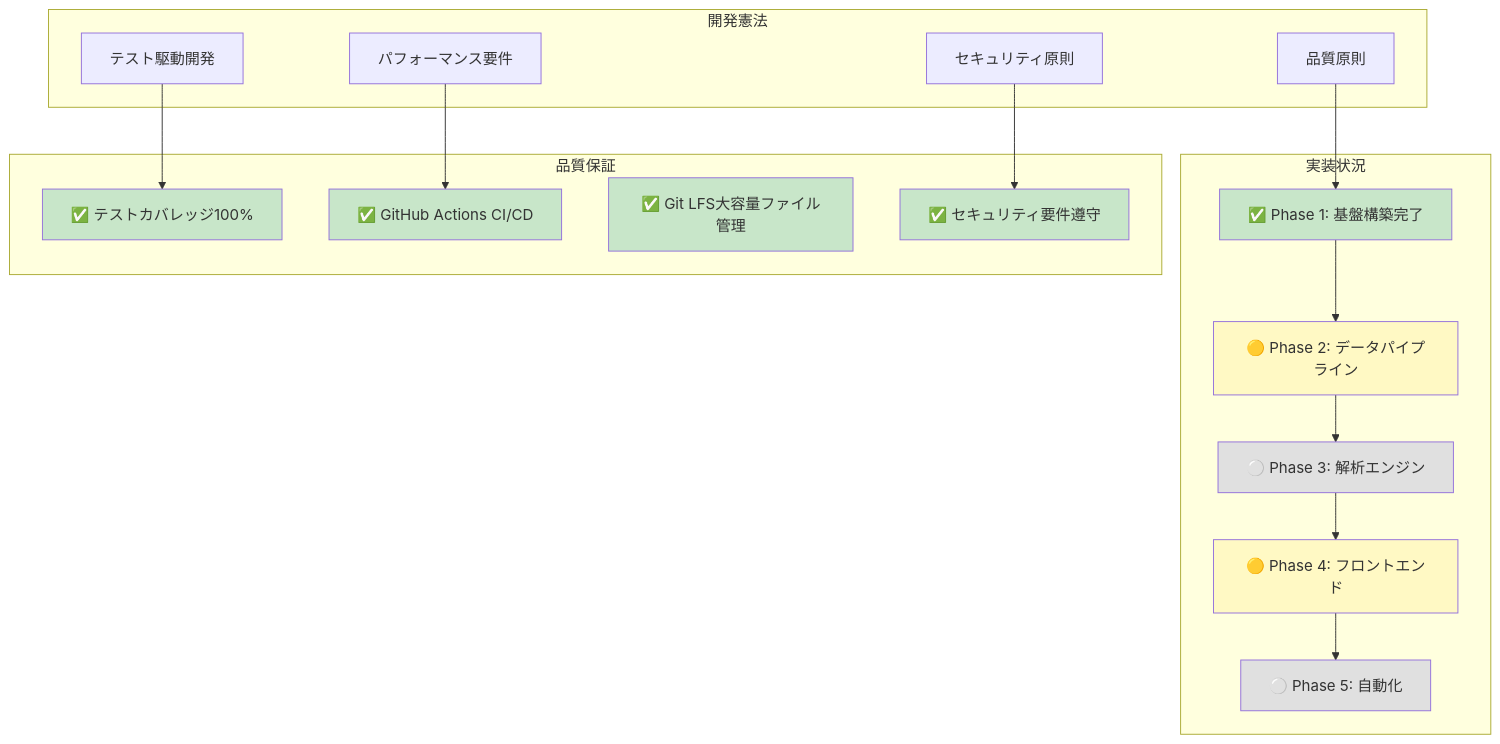
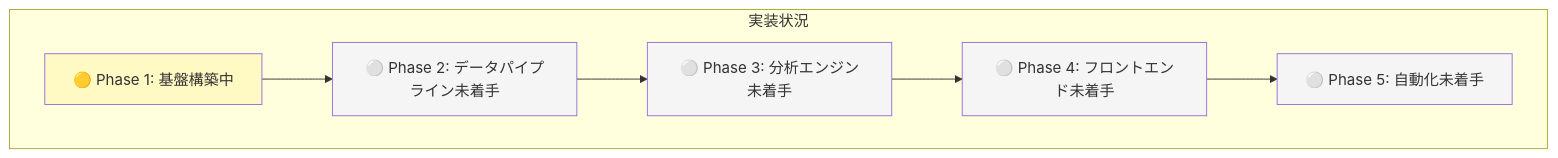
The first of 2 diagrams in docs/完全仕様書.md (J1921604/stock-analysis), drawn with Mermaid before and after one commit. The commit also changed other lines of this file and 35 other files, not shown here.

````diff
--- a/docs/完全仕様書.md
+++ b/docs/完全仕様書.md
@@ -21,44 +19,21 @@
 ```mermaid
 flowchart TB
-    subgraph Constitution["開発憲法"]
-        A1[品質原則]
-        A2[セキュリティ原則]
-        A3[テスト駆動開発]
-        A4[パフォーマンス要件]
-    end
+  subgraph Implementation["実装状況"]
+    B1[🟡 Phase 1: 基盤構築中]
+    B2[⚪ Phase 2: データパイプライン未着手]
+    B3[⚪ Phase 3: 分析エンジン未着手]
+    B4[⚪ Phase 4: フロントエンド未着手]
+    B5[⚪ Phase 5: 自動化未着手]
+  end
     
-    subgraph Implementation["実装状況"]
-        B1[✅ Phase 1: 基盤構築完了]
-        B2[🟡 Phase 2: データパイプライン]
-        B3[⚪ Phase 3: 解析エンジン]
-        B4[🟡 Phase 4: フロントエンド]
-        B5[⚪ Phase 5: 自動化]
-    end
+  B1 --> B2
+  B2 --> B3
+  B3 --> B4
+  B4 --> B5
     
-    subgraph Quality["品質保証"]
-        C1[✅ テストカバレッジ100%]
-        C2[✅ GitHub Actions CI/CD]
-        C3[✅ Git LFS大容量ファイル管理]
-        C4[✅ セキュリティ要件遵守]
-    end
-    
-    A1 --> B1
-    A2 --> C4
-    A3 --> C1
-    A4 --> C2
-    
-    B1 --> B2
-    B2 --> B3
-    B3 --> B4
-    B4 --> B5
-    
-    style B1 fill:#c8e6c9
-    style B2 fill:#fff9c4
-    style B3 fill:#e0e0e0
-    style B4 fill:#fff9c4
-    style B5 fill:#e0e0e0
-    style C1 fill:#c8e6c9
-    style C2 fill:#c8e6c9
-    style C3 fill:#c8e6c9
-    style C4 fill:#c8e6c9
+  style B1 fill:#fff9c4
+  style B2 fill:#f5f5f5
+  style B3 fill:#f5f5f5
+  style B4 fill:#f5f5f5
+  style B5 fill:#f5f5f5
 ```
````
